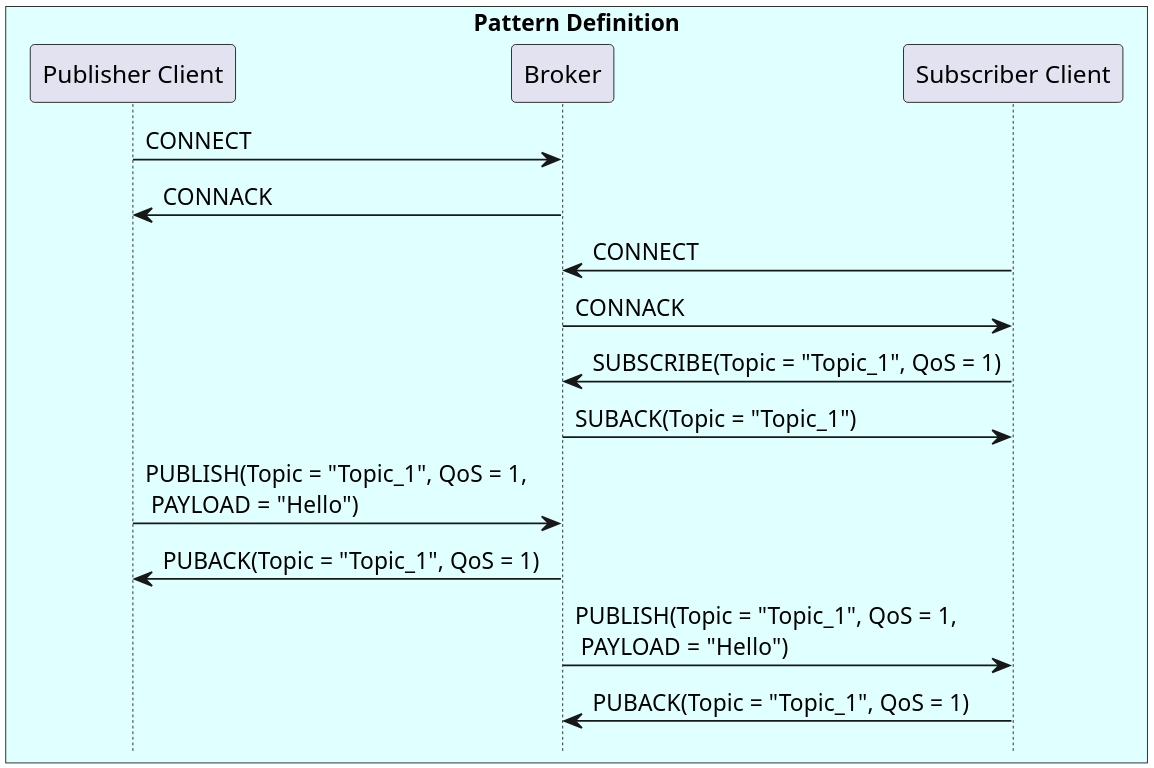
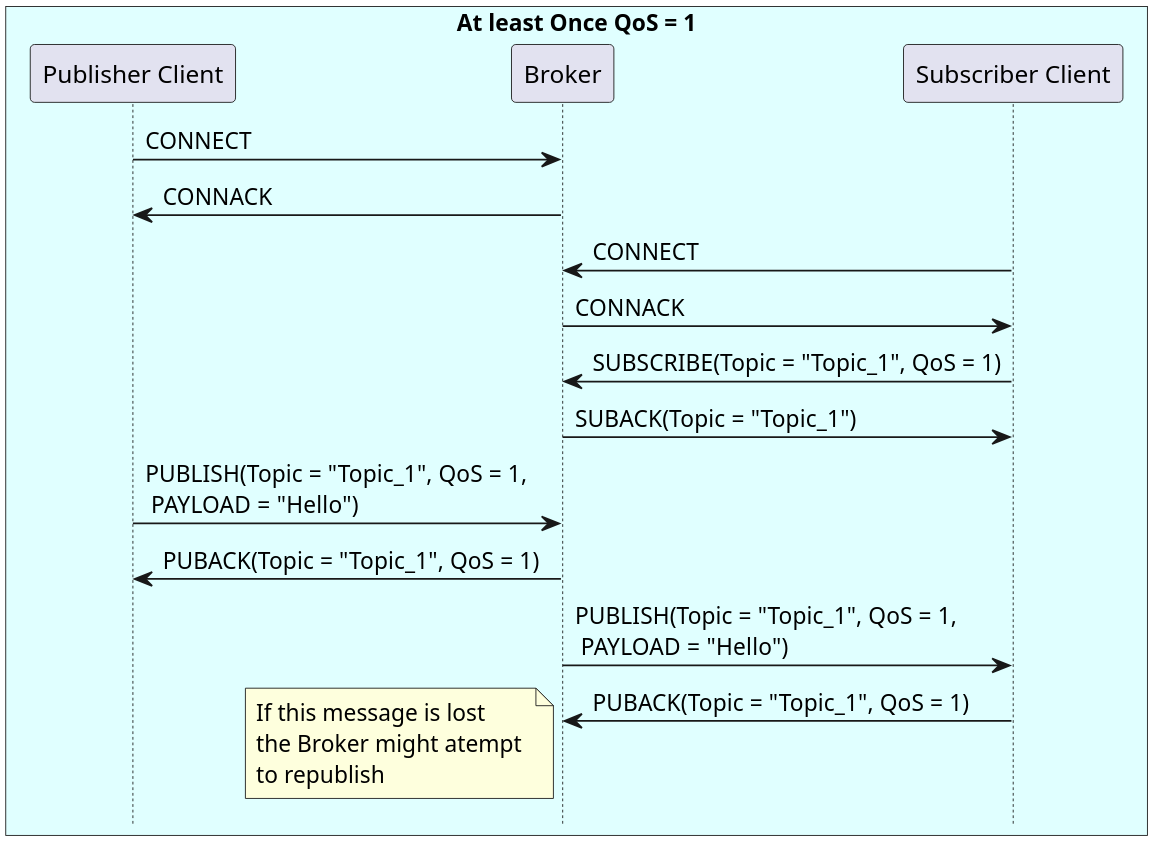
Before and after one commit to estebandres/PI_UML_diagrams: the diagram in design/SEQ_mqtt.plantuml, drawn with PlantUML. The commit also changed 3 other files, not shown here.

```diff
--- a/design/SEQ_mqtt.plantuml
+++ b/design/SEQ_mqtt.plantuml
@@ -1,34 +1,39 @@
 @startuml SEQ_mqtt
 skinparam dpi 300
 skinparam BoxPadding 10
 skinparam ParticipantPadding 10
 
 !pragma teoz true
 hide footbox
 
-box "Pattern Definition" #LightCyan
+box "At least Once QoS = 1" #LightCyan
     participant "Publisher Client" as P
     participant Broker as B
     participant "Subscriber Client" as S
 end box
 
 
 P -> B: CONNECT
 B -> P: CONNACK
 
 S -> B: CONNECT
 B -> S: CONNACK
 
 
 S -> B: SUBSCRIBE(Topic = "Topic_1", QoS = 1)
 B -> S: SUBACK(Topic = "Topic_1")
 
 P -> B: PUBLISH(Topic = "Topic_1", QoS = 1, \n PAYLOAD = "Hello")
 B -> P: PUBACK(Topic = "Topic_1", QoS = 1)
 
 B -> S: PUBLISH(Topic = "Topic_1", QoS = 1, \n PAYLOAD = "Hello")
 S -> B: PUBACK(Topic = "Topic_1", QoS = 1)
+note left
+If this message is lost
+the Broker might atempt 
+to republish
+end note
 
 
 
 @enduml
```
